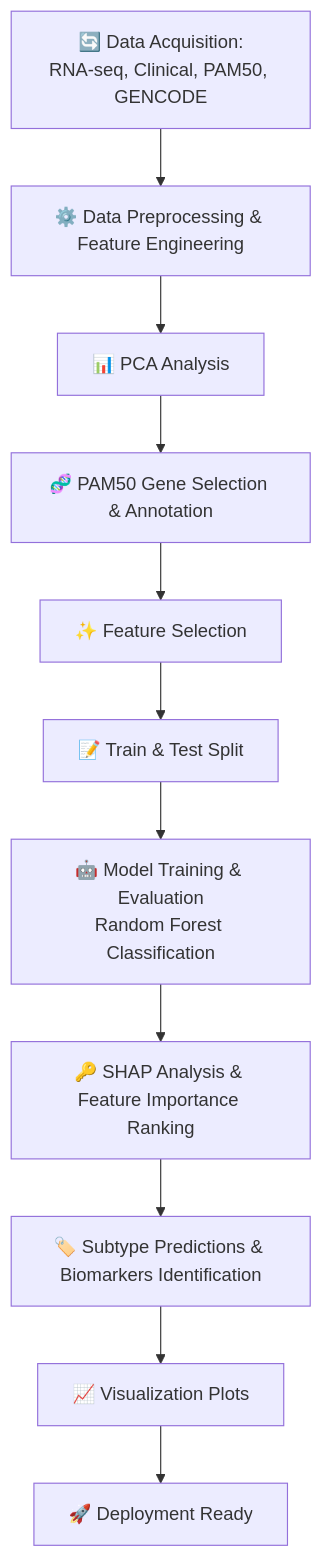
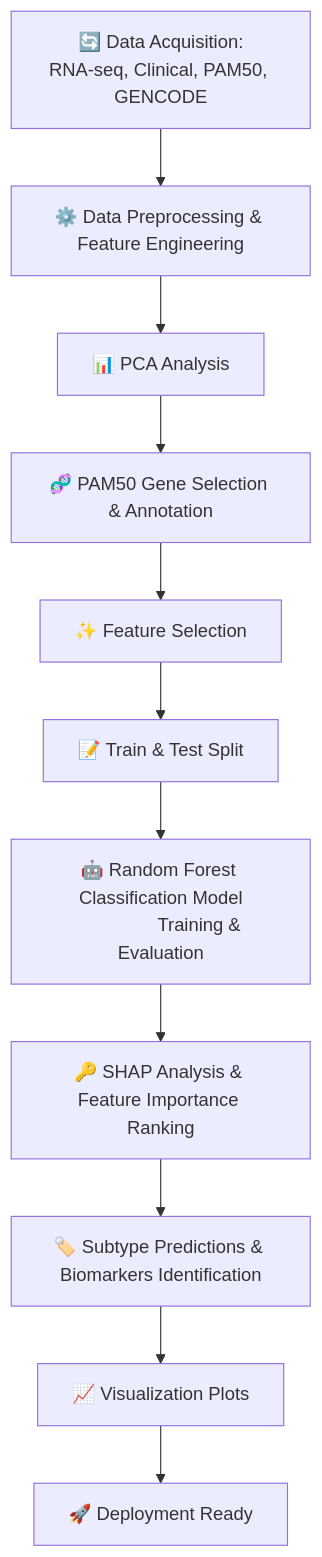
Before and after one commit to Yohansgit/Machine-Learning_Models_Projects: the second of 2 diagrams in mermaid_test.md, drawn with Mermaid.

````diff
--- a/mermaid_test.md
+++ b/mermaid_test.md
@@ -7,15 +7,15 @@
 ```mermaid        
 flowchart TD                 
 A[🔄 Data Acquisition:
 RNA-seq, Clinical, PAM50, GENCODE] --> B[⚙️ Data Preprocessing & Feature Engineering]                   
     B --> C[📊 PCA Analysis]                      
     C --> D[🧬 PAM50 Gene Selection & Annotation]                      
     D --> E[✨ Feature Selection]                        
     E --> F[📝 Train & Test Split]                
-    F --> G[🤖 Model Training & Evaluation
-Random Forest Classification]                 
+    F --> G[🤖 Random Forest Classification Model
+                Training & Evaluation]                 
     G --> H[🔑 SHAP Analysis & Feature Importance Ranking]                  
     H --> I[🏷️ Subtype Predictions & Biomarkers Identification]               
     I --> J[📈 Visualization Plots]             
     J --> K[🚀 Deployment Ready]                    
 ``` 
````
